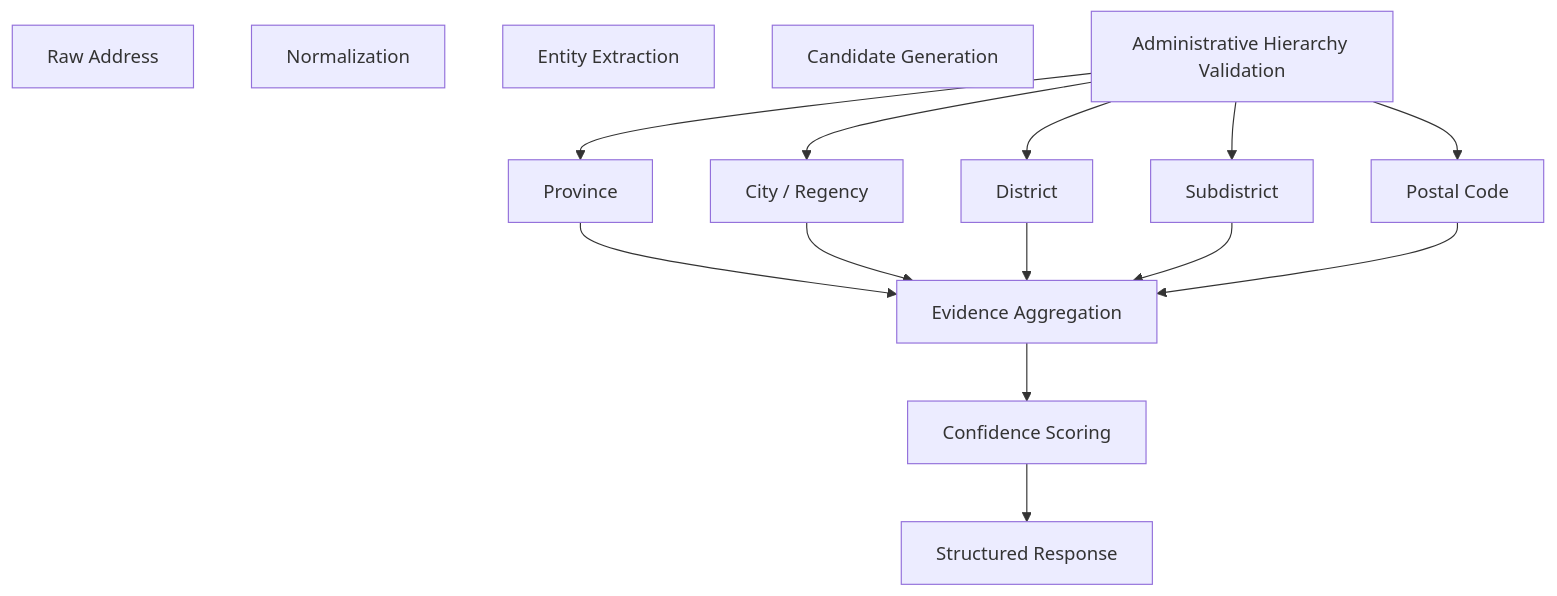
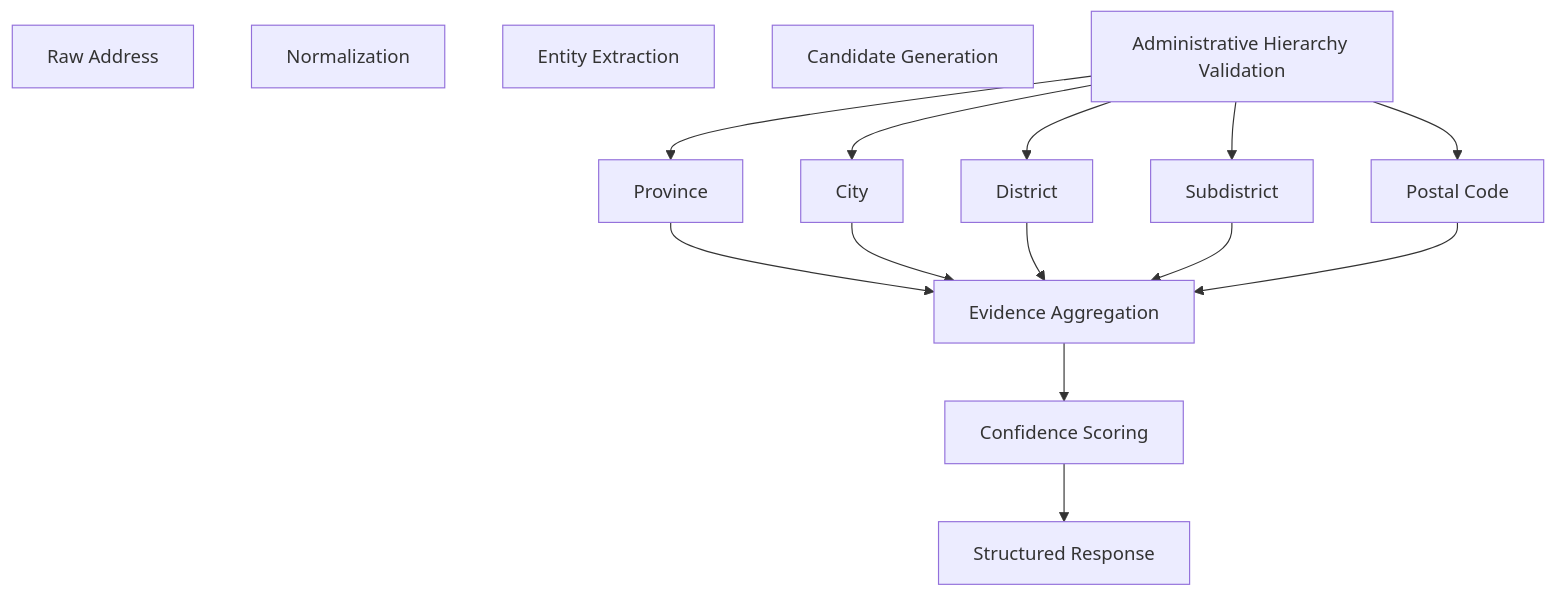
The second of 2 diagrams in README.md (samaita/address-quality), drawn with Mermaid before and after one commit. The commit also changed 4 other files, not shown here.

Commit message:
[chore] Remove Regency term, only use City

````diff
--- a/README.md
+++ b/README.md
@@ -97,23 +97,23 @@
 ```mermaid
 flowchart TD
     A["Raw Address"]
     B["Normalization"]
     C["Entity Extraction"]
     D["Candidate Generation"]
     E["Administrative Hierarchy Validation"]
 
     E --> F1["Province"]
-    E --> F2["City / Regency"]
+    E --> F2["City"]
     E --> F3["District"]
     E --> F4["Subdistrict"]
     E --> F5["Postal Code"]
 
     F1 --> G["Evidence Aggregation"]
     F2 --> G
     F3 --> G
     F4 --> G
     F5 --> G
 
     G --> H["Confidence Scoring"]
     H --> I["Structured Response"]
 ```
````
